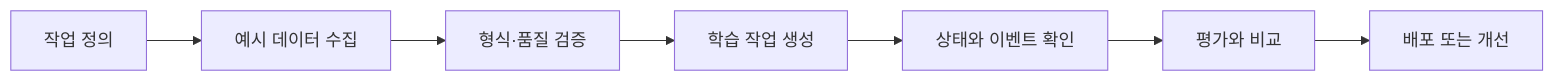
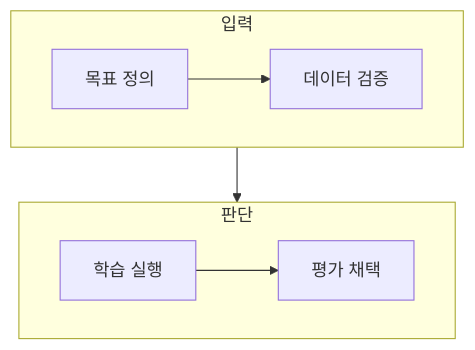
One commit to umyunsang/edu changed the diagram in ComputerScience/03_ai-ml-data/large-language-models/notes/OpenAI API 128. Fine-Tuning.md. Above: the diagram before and after it, drawn with Mermaid. The commit also changed other lines of this file and 12 other files, not shown here.

````diff
--- a/ComputerScience/03_ai-ml-data/large-language-models/notes/OpenAI API 128. Fine-Tuning.md
+++ b/ComputerScience/03_ai-ml-data/large-language-models/notes/OpenAI API 128. Fine-Tuning.md
@@ -21,9 +24,12 @@
 ```mermaid
-flowchart LR
-  A["작업 정의"] --> B["예시 데이터 수집"]
-  B --> C["형식·품질 검증"]
-  C --> D["학습 작업 생성"]
-  D --> E["상태와 이벤트 확인"]
-  E --> F["평가와 비교"]
-  F --> G["배포 또는 개선"]
+flowchart TB
+    subgraph Input[입력]
+        direction LR
+        A[목표 정의] --> B[데이터 검증]
+    end
+    subgraph Decision[판단]
+        direction LR
+        C[학습 실행] --> D[평가 채택]
+    end
+    B --> C
 ```
````
